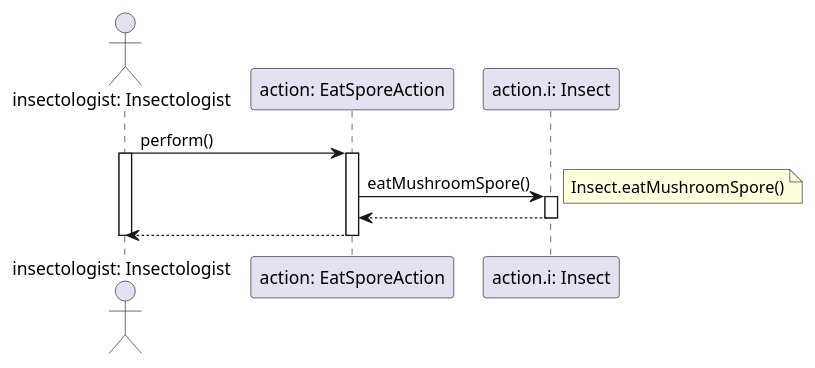
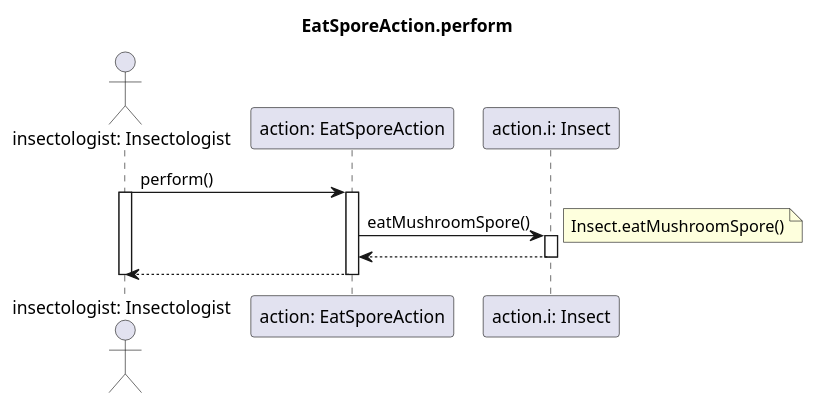
The diagram in diagrams/sequence/action/eatSporeAction.plantuml (dzsem/projlab), drawn with PlantUML before and after one commit. The commit also changed 4 other files, not shown here.

```diff
--- a/diagrams/sequence/action/eatSporeAction.plantuml
+++ b/diagrams/sequence/action/eatSporeAction.plantuml
@@ -1,22 +1,23 @@
 @startuml EatSporeAction.perform
+title EatSporeAction.perform
 
 actor "insectologist: Insectologist" as insectologist
 participant "action: EatSporeAction" as mi_action
 participant "action.i: Insect" as insect
 
 insectologist -> mi_action: perform()
 activate insectologist
 activate mi_action
 
 mi_action -> insect: eatMushroomSpore()
 activate insect
 note right: Insect.eatMushroomSpore()
 
 mi_action <-- insect
 deactivate insect
 
 insectologist <-- mi_action
 deactivate mi_action
 deactivate insectologist
 
 @enduml
```
